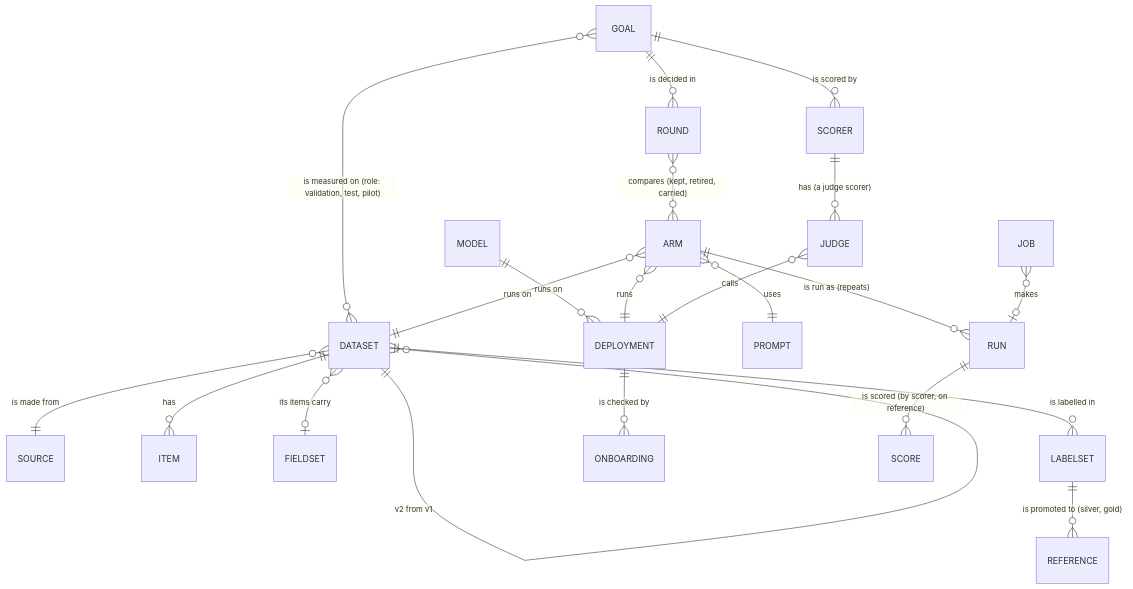
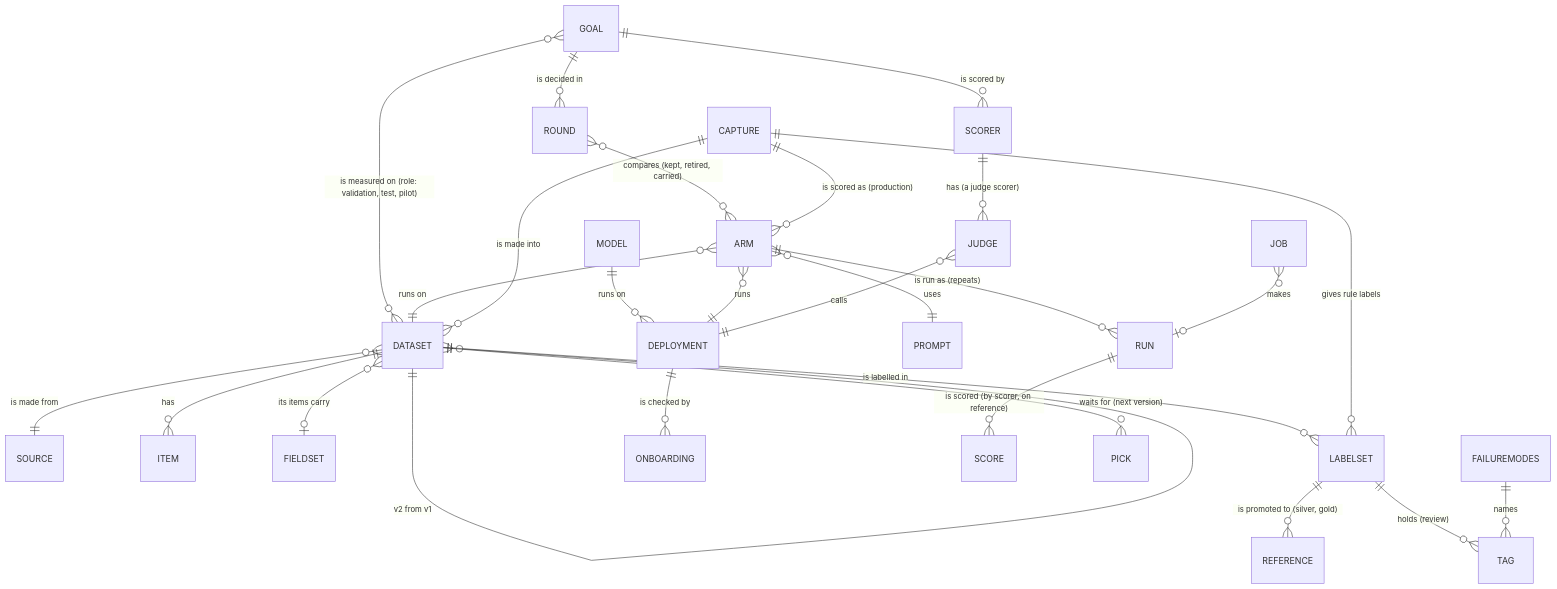
The diagram in docs/uxs/UXS-005-workbench.md (chipi/eval-harness), drawn with Mermaid before and after one commit. The commit also changed other lines of this file and 7 other files, not shown here.

````diff
--- a/docs/uxs/UXS-005-workbench.md
+++ b/docs/uxs/UXS-005-workbench.md
@@ -262,23 +467,29 @@
 ```mermaid
 erDiagram
     GOAL ||--o{ ROUND : "is decided in"
     GOAL }o--o{ DATASET : "is measured on (role: validation, test, pilot)"
     GOAL ||--o{ SCORER : "is scored by"
     DATASET ||--o{ DATASET : "v2 from v1"
     DATASET }o--|| SOURCE : "is made from"
     DATASET ||--o{ ITEM : has
     DATASET }o--o| FIELDSET : "its items carry"
     DATASET ||--o{ LABELSET : "is labelled in"
     LABELSET ||--o{ REFERENCE : "is promoted to (silver, gold)"
     MODEL ||--o{ DEPLOYMENT : "runs on"
     DEPLOYMENT ||--o{ ONBOARDING : "is checked by"
     ARM }o--|| DEPLOYMENT : runs
     ARM }o--|| PROMPT : uses
     ARM }o--|| DATASET : "runs on"
     ARM ||--o{ RUN : "is run as (repeats)"
     ROUND }o--o{ ARM : "compares (kept, retired, carried)"
     RUN ||--o{ SCORE : "is scored (by scorer, on reference)"
     SCORER ||--o{ JUDGE : "has (a judge scorer)"
     JUDGE }o--|| DEPLOYMENT : "calls"
     JOB }o--o| RUN : "makes"
+    CAPTURE ||--o{ DATASET : "is made into"
+    CAPTURE ||--o{ ARM : "is scored as (production)"
+    CAPTURE ||--o{ LABELSET : "gives rule labels"
+    DATASET ||--o{ PICK : "waits for (next version)"
+    LABELSET ||--o{ TAG : "holds (review)"
+    FAILUREMODES ||--o{ TAG : "names"
 ```
````
